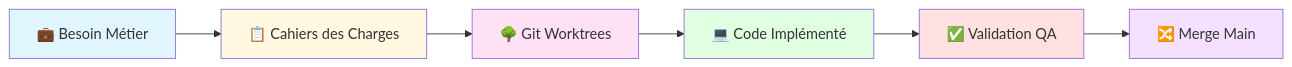
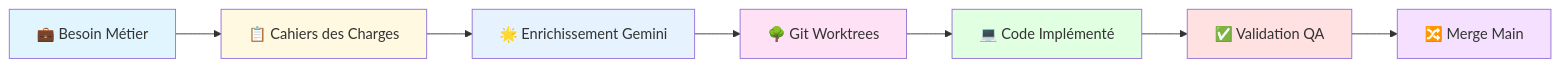
One commit to Gotman08/Blueprint changed the first of 11 diagrams in README.md. Above: the diagram before and after it, drawn with Mermaid. The commit also changed other lines of this file and 1 other file, not shown here.

First line of the commit message:
feat: Add Phase 0.5 - Gemini Enrichment for cahiers des charges

````diff
--- a/README.md
+++ b/README.md
@@ -58,15 +59,17 @@
 ```mermaid
 graph LR
     A[💼 Besoin Métier] --> B[📋 Cahiers des Charges]
-    B --> C[🌳 Git Worktrees]
+    B --> B2[🌟 Enrichissement Gemini]
+    B2 --> C[🌳 Git Worktrees]
     C --> D[💻 Code Implémenté]
     D --> E[✅ Validation QA]
     E --> F[🔀 Merge Main]
 
     style A fill:#e1f5ff
     style B fill:#fff9e1
+    style B2 fill:#e6f3ff
     style C fill:#ffe1f5
     style D fill:#e1ffe1
     style E fill:#ffe1e1
     style F fill:#f5e1ff
 ```
````
